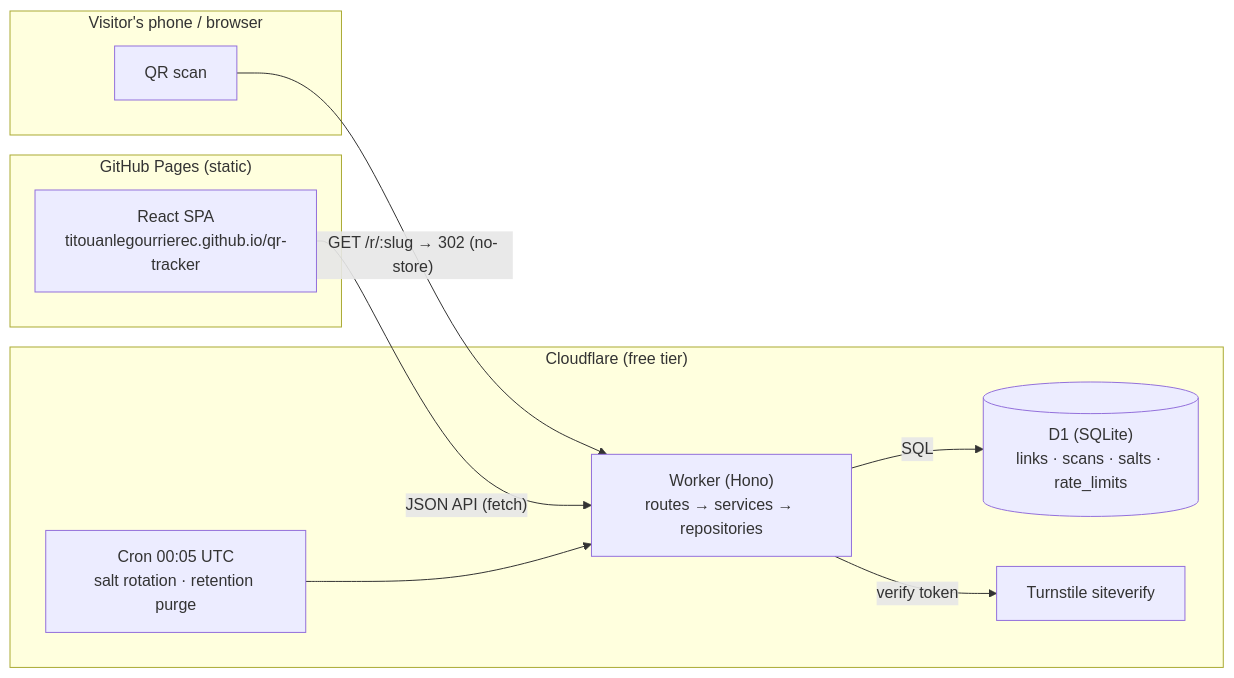
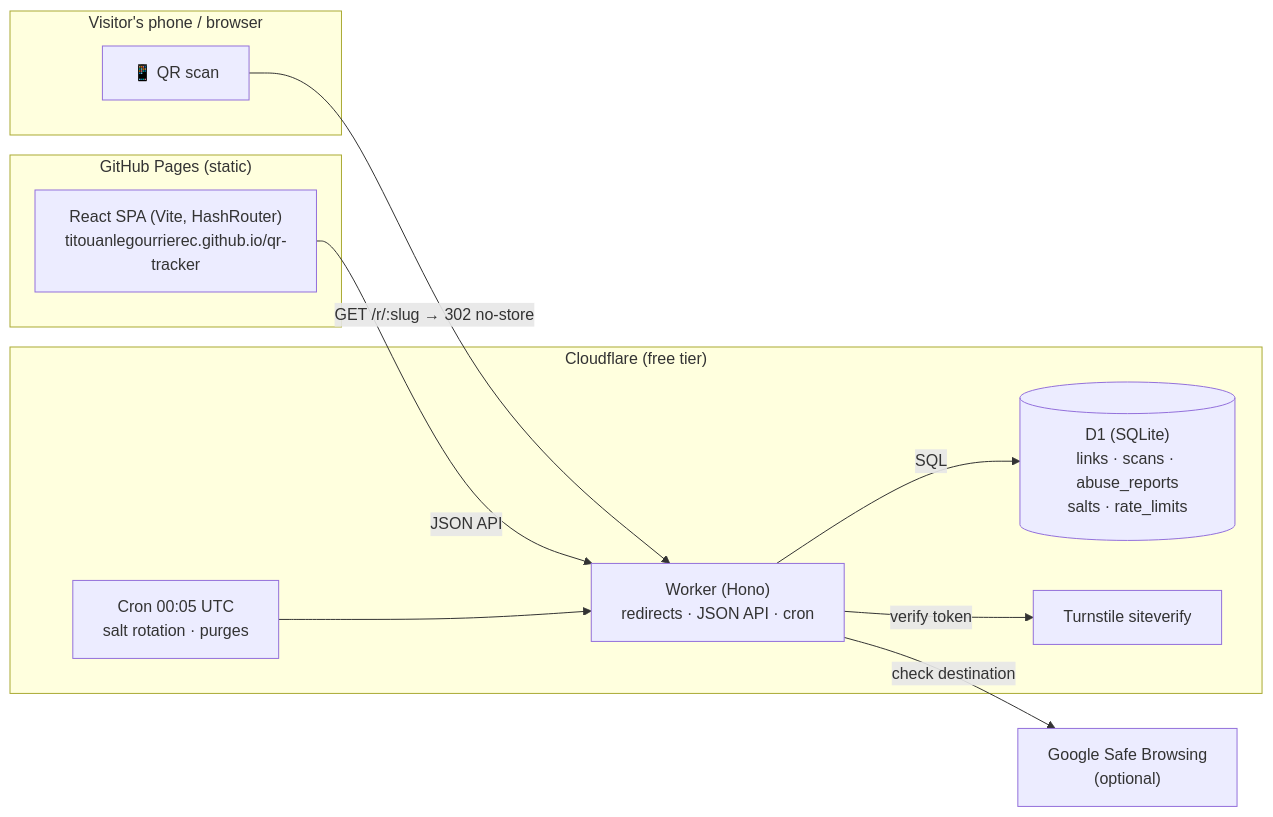
One commit to titouanlegourrierec/qr-tracker changed the diagram in docs/ARCHITECTURE.md. Above: the diagram before and after it, drawn with Mermaid. The commit also changed other lines of this file and 17 other files, not shown here.

````diff
--- a/docs/ARCHITECTURE.md
+++ b/docs/ARCHITECTURE.md
@@ -8,20 +9,22 @@
 ```mermaid
 flowchart LR
-    subgraph Browser["Visitor's phone / browser"]
-        SCAN["QR scan"]
+    subgraph Visitor["Visitor's phone / browser"]
+        SCAN["📱 QR scan"]
     end
     subgraph Pages["GitHub Pages (static)"]
-        SPA["React SPA<br>titouanlegourrierec.github.io/qr-tracker"]
+        SPA["React SPA (Vite, HashRouter)<br>titouanlegourrierec.github.io/qr-tracker"]
     end
     subgraph CF["Cloudflare (free tier)"]
-        W["Worker (Hono)<br>routes → services → repositories"]
-        D1[("D1 (SQLite)<br>links · scans · salts · rate_limits")]
-        CRON["Cron 00:05 UTC<br>salt rotation · retention purge"]
+        W["Worker (Hono)<br>redirects · JSON API · cron"]
+        D1[("D1 (SQLite)<br>links · scans · abuse_reports<br>salts · rate_limits")]
+        CRON["Cron 00:05 UTC<br>salt rotation · purges"]
         TS["Turnstile siteverify"]
     end
-    SCAN -- "GET /r/:slug → 302 (no-store)" --> W
-    SPA -- "JSON API (fetch)" --> W
+    GSB["Google Safe Browsing<br>(optional)"]
+    SCAN -- "GET /r/:slug → 302 no-store" --> W
+    SPA -- "JSON API" --> W
     W -- SQL --> D1
     CRON --> W
     W -- "verify token" --> TS
+    W -- "check destination" --> GSB
 ```
````
